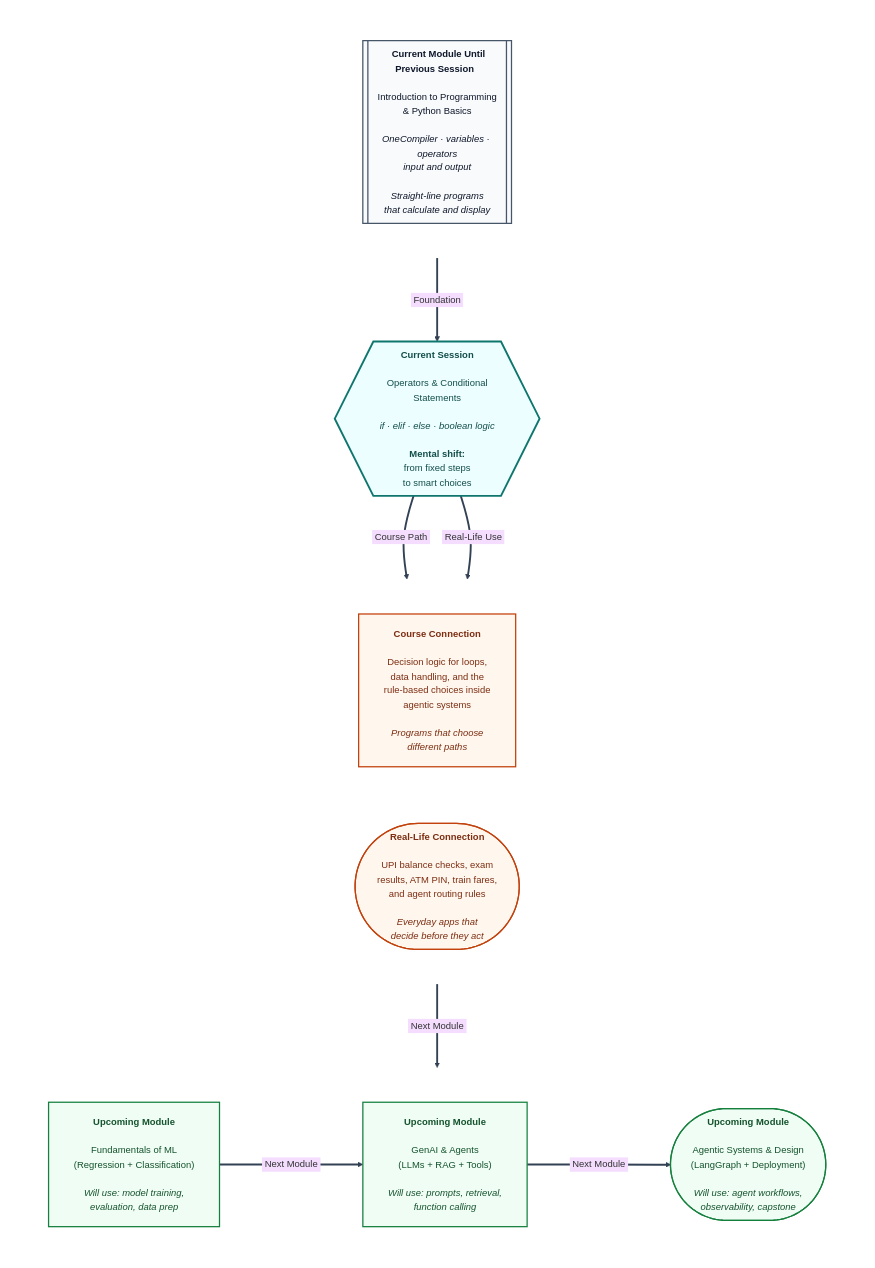
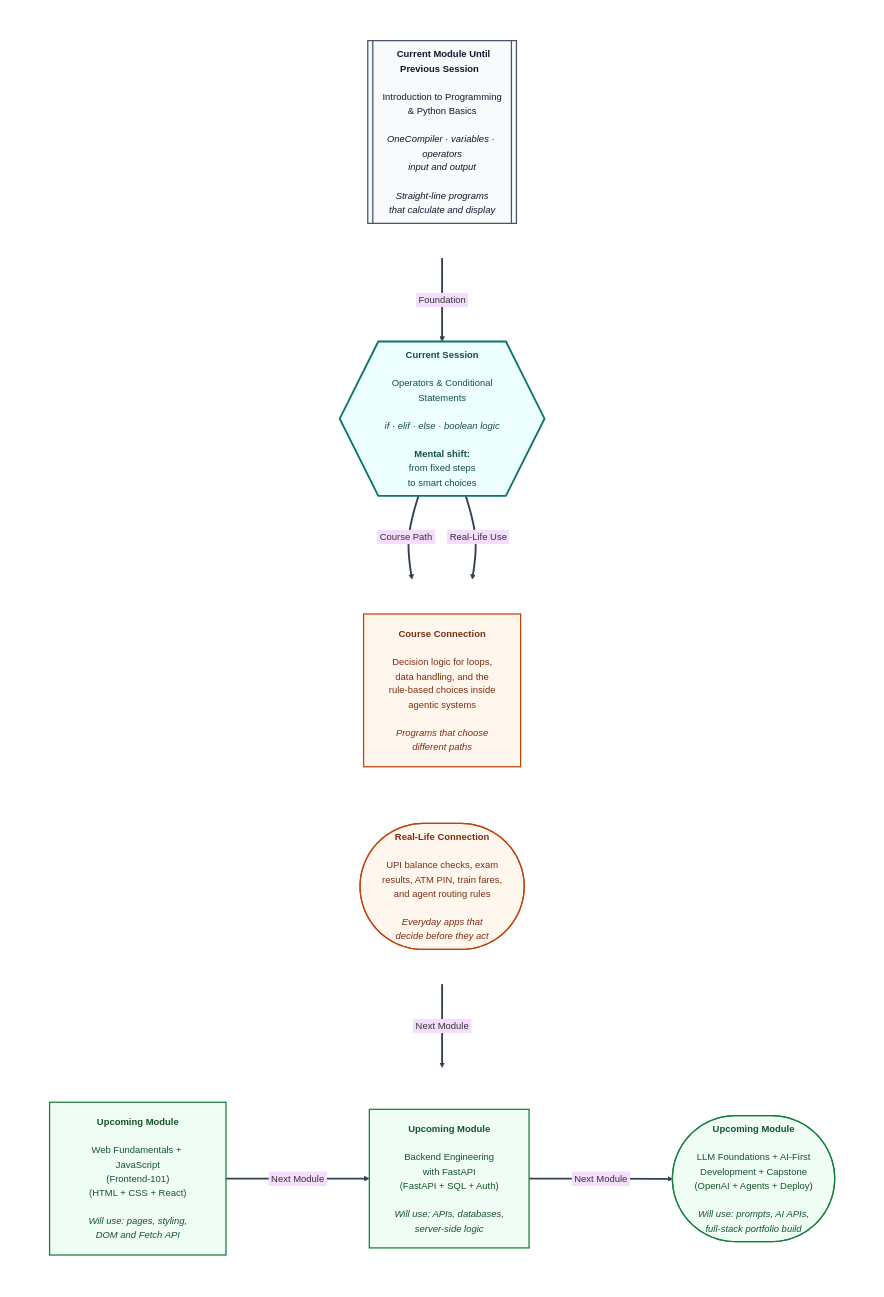
Before and after one commit to ABVenu/IIT_Sessions_Content: the diagram in iitreict-se-2606/Module1/Session02/Mental Map.md, drawn with Mermaid. The commit also changed 4 other files, not shown here.

````diff
--- a/iitreict-se-2606/Module1/Session02/Mental Map.md
+++ b/iitreict-se-2606/Module1/Session02/Mental Map.md
@@ -1,45 +1,45 @@
 ```mermaid
 %%{init: {"diagramPadding": 24, "flowchart": {"htmlLabels": true, "nodeSpacing": 90, "rankSpacing": 110, "curve": "basis", "padding": 20}, "theme": "base", "themeVariables": {"fontFamily": "Arial", "fontSize": "15px", "lineColor": "#334155"}}}%%
 flowchart TB
     subgraph FOUNDATION[" "]
         direction LR
         PREV[["&nbsp;&nbsp;<b>Current Module Until Previous Session</b>&nbsp;&nbsp;<br/><br/>Introduction to Programming<br/>&amp; Python Basics<br/><br/><i>OneCompiler · variables · operators<br/>input and output</i><br/><br/><i>Straight-line programs<br/>that calculate and display</i>"]]
     end
 
     CURRENT{{"&nbsp;&nbsp;<b>Current Session</b>&nbsp;&nbsp;<br/><br/>Operators &amp; Conditional<br/>Statements<br/><br/><i>if · elif · else · boolean logic</i><br/><br/><b>Mental shift:</b><br/>from fixed steps<br/>to smart choices"}}
 
     subgraph VALUE[" "]
         direction LR
         COURSE["&nbsp;&nbsp;<b>Course Connection</b>&nbsp;&nbsp;<br/><br/>Decision logic for loops,<br/>data handling, and the<br/>rule-based choices inside<br/>agentic systems<br/><br/><i>Programs that choose<br/>different paths</i>"]
         REAL(["&nbsp;&nbsp;<b>Real-Life Connection</b>&nbsp;&nbsp;<br/><br/>UPI balance checks, exam<br/>results, ATM PIN, train fares,<br/>and agent routing rules<br/><br/><i>Everyday apps that<br/>decide before they act</i>"])
     end
 
     subgraph FUTURE[" "]
         direction LR
-        M2["&nbsp;&nbsp;<b>Upcoming Module</b>&nbsp;&nbsp;<br/><br/>Fundamentals of ML<br/>(Regression + Classification)<br/><br/><i>Will use: model training,<br/>evaluation, data prep</i>"]
-        M3["&nbsp;&nbsp;<b>Upcoming Module</b>&nbsp;&nbsp;<br/><br/>GenAI &amp; Agents<br/>(LLMs + RAG + Tools)<br/><br/><i>Will use: prompts, retrieval,<br/>function calling</i>"]
-        M4(["&nbsp;&nbsp;<b>Upcoming Module</b>&nbsp;&nbsp;<br/><br/>Agentic Systems &amp; Design<br/>(LangGraph + Deployment)<br/><br/><i>Will use: agent workflows,<br/>observability, capstone</i>"])
+        M2["&nbsp;&nbsp;<b>Upcoming Module</b>&nbsp;&nbsp;<br/><br/>Web Fundamentals + JavaScript<br/>(Frontend-101)<br/>(HTML + CSS + React)<br/><br/><i>Will use: pages, styling,<br/>DOM and Fetch API</i>"]
+        M3["&nbsp;&nbsp;<b>Upcoming Module</b>&nbsp;&nbsp;<br/><br/>Backend Engineering<br/>with FastAPI<br/>(FastAPI + SQL + Auth)<br/><br/><i>Will use: APIs, databases,<br/>server-side logic</i>"]
+        M4(["&nbsp;&nbsp;<b>Upcoming Module</b>&nbsp;&nbsp;<br/><br/>LLM Foundations + AI-First<br/>Development + Capstone<br/>(OpenAI + Agents + Deploy)<br/><br/><i>Will use: prompts, AI APIs,<br/>full-stack portfolio build</i>"])
     end
 
     PREV ==>|&nbsp;Foundation&nbsp;| CURRENT
     CURRENT ==>|&nbsp;Course Path&nbsp;| COURSE
     CURRENT ==>|&nbsp;Real-Life Use&nbsp;| REAL
     COURSE ==>|&nbsp;Next Module&nbsp;| M2
     M2 ==>|&nbsp;Next Module&nbsp;| M3
     M3 ==>|&nbsp;Next Module&nbsp;| M4
 
     classDef previous fill:#f8fafc,stroke:#475569,stroke-width:2px,color:#0f172a
     classDef current fill:#ecfeff,stroke:#0f766e,stroke-width:3px,color:#134e4a
     classDef value fill:#fff7ed,stroke:#c2410c,stroke-width:2px,color:#7c2d12
     classDef future fill:#f0fdf4,stroke:#15803d,stroke-width:2px,color:#14532d
 
     class PREV previous
     class CURRENT current
     class COURSE,REAL value
     class M2,M3,M4 future
 
     style FOUNDATION fill:transparent,stroke:transparent
     style VALUE fill:transparent,stroke:transparent
     style FUTURE fill:transparent,stroke:transparent
     linkStyle default stroke:#334155,stroke-width:3px
 ```
````
